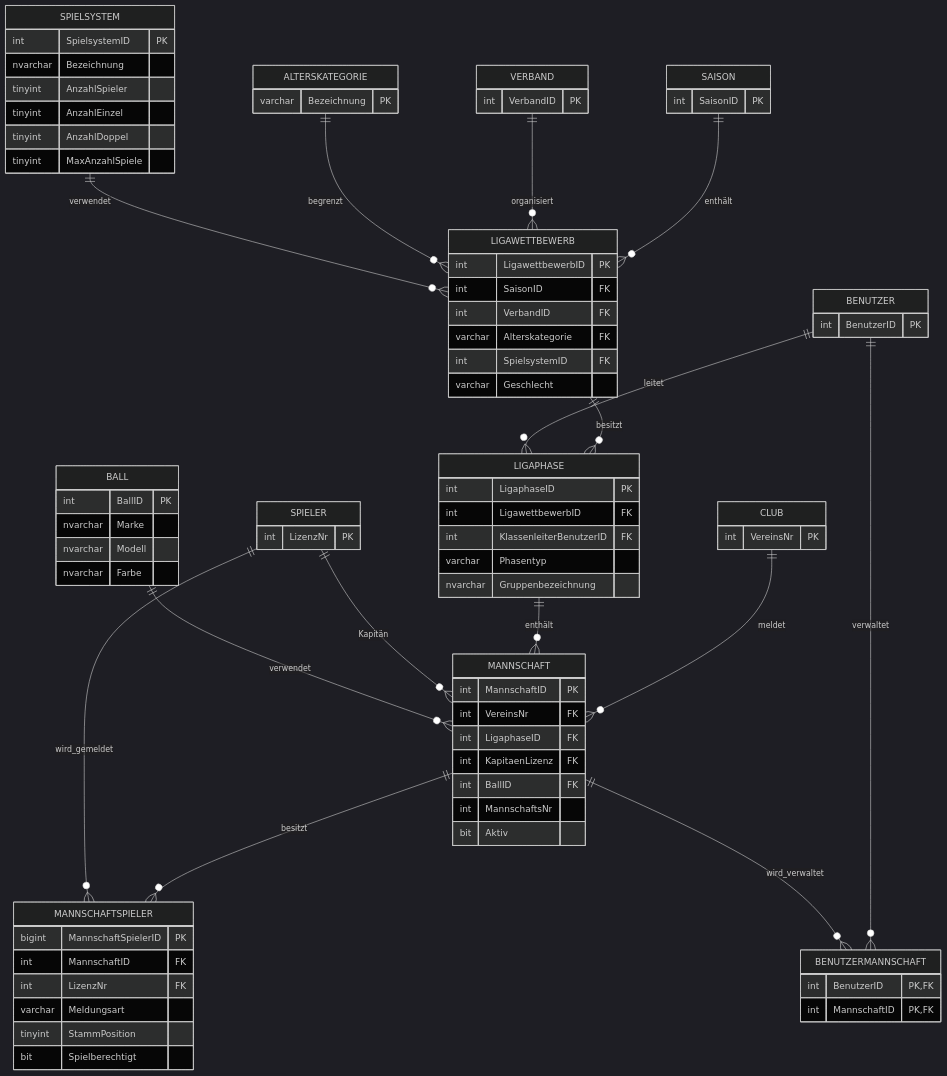
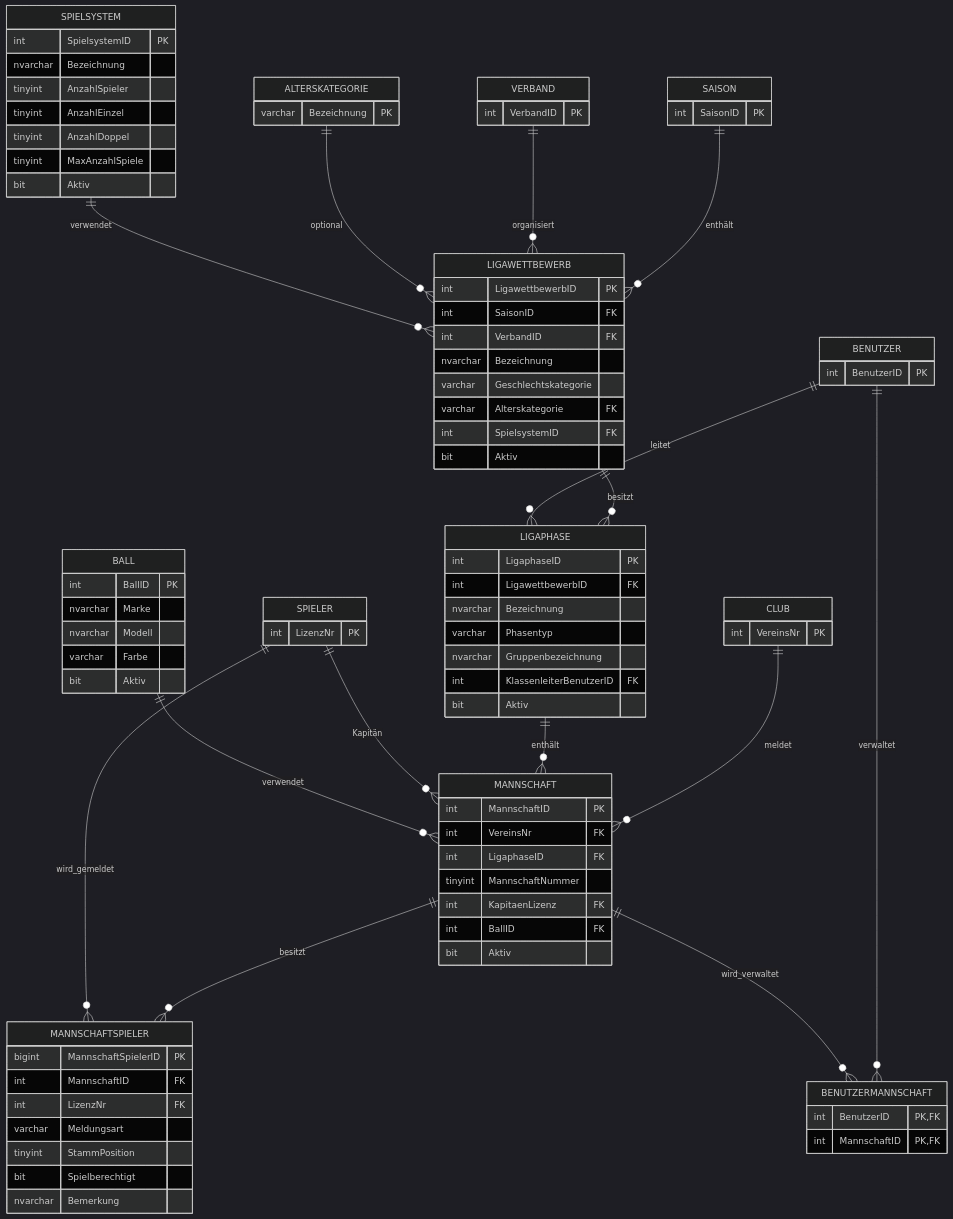
The fourth of 7 diagrams in docs/ER-Diagramm.md (19boboy97/STT-DB_Modularbeit2), drawn with Mermaid (dark theme) before and after one commit. The commit also changed other lines of this file, not shown here.

Commit message:
Correct ER diagram schema details

````diff
--- a/docs/ER-Diagramm.md
+++ b/docs/ER-Diagramm.md
@@ -265,5 +303,6 @@
-``` mermaid
+```mermaid
 erDiagram
+
     SAISON {
         int SaisonID PK
     }
@@ -292,7 +331,8 @@
         int BallID PK
         nvarchar Marke
         nvarchar Modell
-        nvarchar Farbe
+        varchar Farbe
+        bit Aktiv
     }
 
     SPIELSYSTEM {
@@ -302,32 +342,37 @@
         tinyint AnzahlEinzel
         tinyint AnzahlDoppel
         tinyint MaxAnzahlSpiele
+        bit Aktiv
     }
 
     LIGAWETTBEWERB {
         int LigawettbewerbID PK
         int SaisonID FK
         int VerbandID FK
+        nvarchar Bezeichnung
+        varchar Geschlechtskategorie
         varchar Alterskategorie FK
         int SpielsystemID FK
-        varchar Geschlecht
+        bit Aktiv
     }
 
     LIGAPHASE {
         int LigaphaseID PK
         int LigawettbewerbID FK
-        int KlassenleiterBenutzerID FK
+        nvarchar Bezeichnung
         varchar Phasentyp
         nvarchar Gruppenbezeichnung
+        int KlassenleiterBenutzerID FK
+        bit Aktiv
     }
 
     MANNSCHAFT {
         int MannschaftID PK
         int VereinsNr FK
         int LigaphaseID FK
+        tinyint MannschaftNummer
         int KapitaenLizenz FK
         int BallID FK
-        int MannschaftsNr
         bit Aktiv
     }
 
@@ -338,6 +383,7 @@
         varchar Meldungsart
         tinyint StammPosition
         bit Spielberechtigt
+        nvarchar Bemerkung
     }
 
     BENUTZERMANNSCHAFT {
@@ -347,7 +393,7 @@
 
     SAISON ||--o{ LIGAWETTBEWERB : enthält
     VERBAND ||--o{ LIGAWETTBEWERB : organisiert
-    ALTERSKATEGORIE ||--o{ LIGAWETTBEWERB : begrenzt
+    ALTERSKATEGORIE ||--o{ LIGAWETTBEWERB : optional
     SPIELSYSTEM ||--o{ LIGAWETTBEWERB : verwendet
 
     LIGAWETTBEWERB ||--o{ LIGAPHASE : besitzt
````
